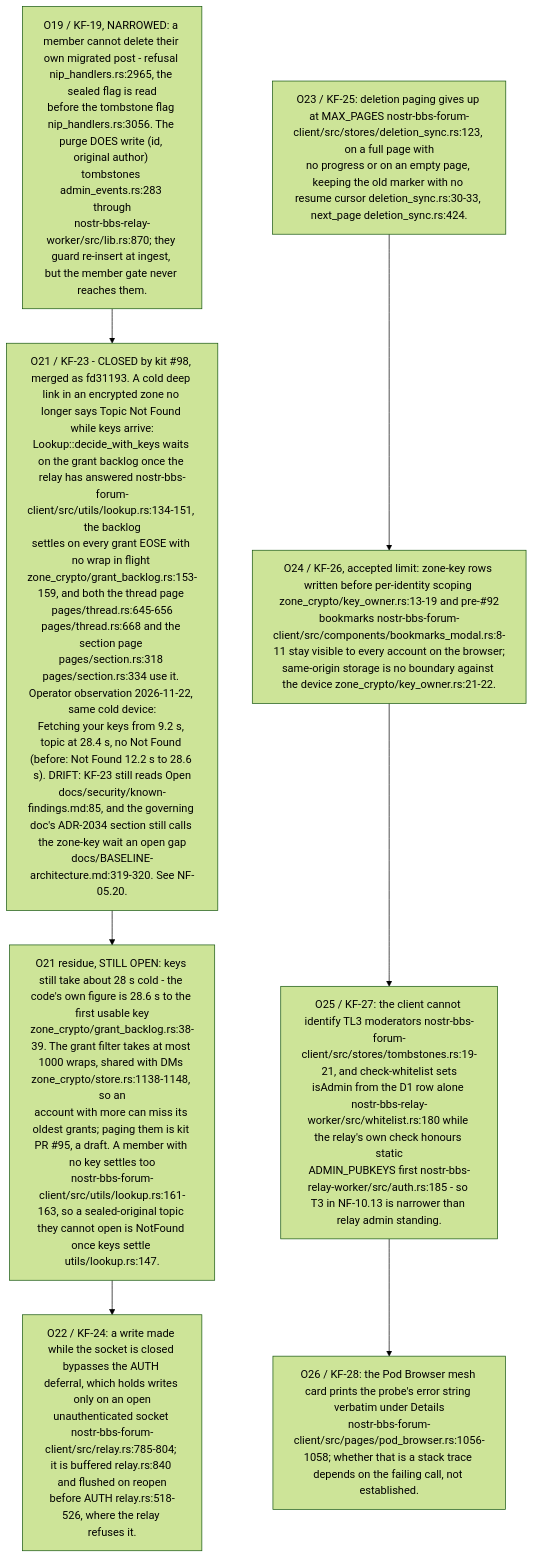
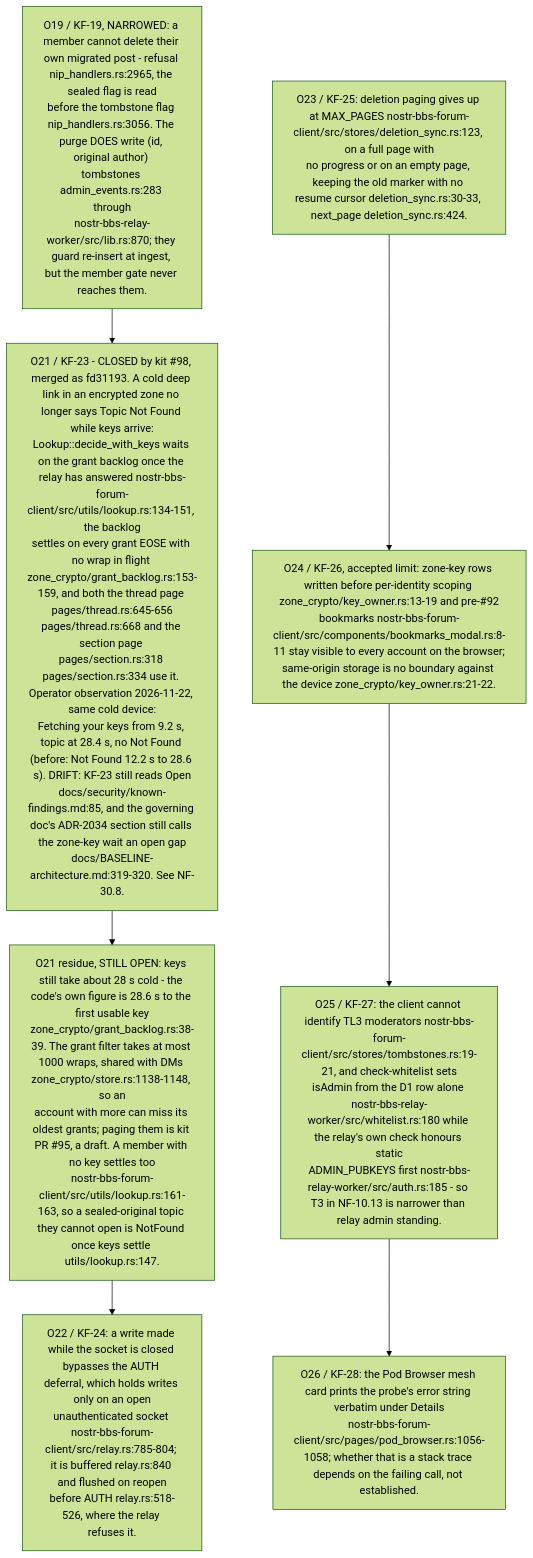
Diagram 13 of 15 in docs/diagrams/nostr-rust-forum/10-invariants-and-anomaly-register.md (DreamLab-AI/VisionFlow), drawn with Mermaid (forest theme) before and after one commit. The commit also changed other lines of this file and 6 other files, not shown here.

First line of the commit message:
docs(diagrams): split NF-05 into NF-05, NF-30 (messaging) and NF-31 (BBS, zones, push)

````diff
--- a/docs/diagrams/nostr-rust-forum/10-invariants-and-anomaly-register.md
+++ b/docs/diagrams/nostr-rust-forum/10-invariants-and-anomaly-register.md
@@ -333,13 +333,13 @@
 ```mermaid
 flowchart TB
     O19["O19 / KF-19, NARROWED: a member cannot delete their own migrated post - refusal nip_handlers.rs:2965, the sealed flag is read<br/>before the tombstone flag nip_handlers.rs:3056. The purge DOES write (id, original author) tombstones admin_events.rs:283 through<br/>nostr-bbs-relay-worker/src/lib.rs:870; they guard re-insert at ingest, but the member gate never reaches them."]
-    O21["O21 / KF-23 - CLOSED by kit #98, merged as fd31193. A cold deep link in an encrypted zone no longer says Topic Not Found while keys arrive:<br/>Lookup::decide_with_keys waits on the grant backlog once the relay has answered nostr-bbs-forum-client/src/utils/lookup.rs:134-151, the backlog<br/>settles on every grant EOSE with no wrap in flight zone_crypto/grant_backlog.rs:153-159, and both the thread page pages/thread.rs:645-656<br/>pages/thread.rs:668 and the section page pages/section.rs:318 pages/section.rs:334 use it. Operator observation 2026-11-22, same cold device:<br/>Fetching your keys from 9.2 s, topic at 28.4 s, no Not Found (before: Not Found 12.2 s to 28.6 s). DRIFT: KF-23 still reads Open<br/>docs/security/known-findings.md:85, and the governing doc's ADR-2034 section still calls the zone-key wait an open gap<br/>docs/BASELINE-architecture.md:319-320. See NF-05.20."]
+    O21["O21 / KF-23 - CLOSED by kit #98, merged as fd31193. A cold deep link in an encrypted zone no longer says Topic Not Found while keys arrive:<br/>Lookup::decide_with_keys waits on the grant backlog once the relay has answered nostr-bbs-forum-client/src/utils/lookup.rs:134-151, the backlog<br/>settles on every grant EOSE with no wrap in flight zone_crypto/grant_backlog.rs:153-159, and both the thread page pages/thread.rs:645-656<br/>pages/thread.rs:668 and the section page pages/section.rs:318 pages/section.rs:334 use it. Operator observation 2026-11-22, same cold device:<br/>Fetching your keys from 9.2 s, topic at 28.4 s, no Not Found (before: Not Found 12.2 s to 28.6 s). DRIFT: KF-23 still reads Open<br/>docs/security/known-findings.md:85, and the governing doc's ADR-2034 section still calls the zone-key wait an open gap<br/>docs/BASELINE-architecture.md:319-320. See NF-30.8."]
     O21r["O21 residue, STILL OPEN: keys still take about 28 s cold - the code's own figure is 28.6 s to the first usable key<br/>zone_crypto/grant_backlog.rs:38-39. The grant filter takes at most 1000 wraps, shared with DMs zone_crypto/store.rs:1138-1148, so an<br/>account with more can miss its oldest grants; paging them is kit PR #95, a draft. A member with no key settles too<br/>nostr-bbs-forum-client/src/utils/lookup.rs:161-163, so a sealed-original topic they cannot open is NotFound once keys settle utils/lookup.rs:147."]
     O22["O22 / KF-24: a write made while the socket is closed bypasses the AUTH deferral, which holds writes only on an open<br/>unauthenticated socket nostr-bbs-forum-client/src/relay.rs:785-804; it is buffered relay.rs:840 and flushed on reopen<br/>before AUTH relay.rs:518-526, where the relay refuses it."]
     O23["O23 / KF-25: deletion paging gives up at MAX_PAGES nostr-bbs-forum-client/src/stores/deletion_sync.rs:123, on a full page with<br/>no progress or on an empty page, keeping the old marker with no resume cursor deletion_sync.rs:30-33, next_page deletion_sync.rs:424."]
     O24["O24 / KF-26, accepted limit: zone-key rows written before per-identity scoping zone_crypto/key_owner.rs:13-19 and pre-#92<br/>bookmarks nostr-bbs-forum-client/src/components/bookmarks_modal.rs:8-11 stay visible to every account on the browser;<br/>same-origin storage is no boundary against the device zone_crypto/key_owner.rs:21-22."]
     O25["O25 / KF-27: the client cannot identify TL3 moderators nostr-bbs-forum-client/src/stores/tombstones.rs:19-21, and check-whitelist sets<br/>isAdmin from the D1 row alone nostr-bbs-relay-worker/src/whitelist.rs:180 while the relay's own check honours static<br/>ADMIN_PUBKEYS first nostr-bbs-relay-worker/src/auth.rs:185 - so T3 in NF-10.13 is narrower than relay admin standing."]
     O26["O26 / KF-28: the Pod Browser mesh card prints the probe's error string verbatim under Details<br/>nostr-bbs-forum-client/src/pages/pod_browser.rs:1056-1058; whether that is a stack trace depends on the failing call, not established."]
     O19 --> O21 --> O21r --> O22
     O23 --> O24 --> O25 --> O26
 ```
````
